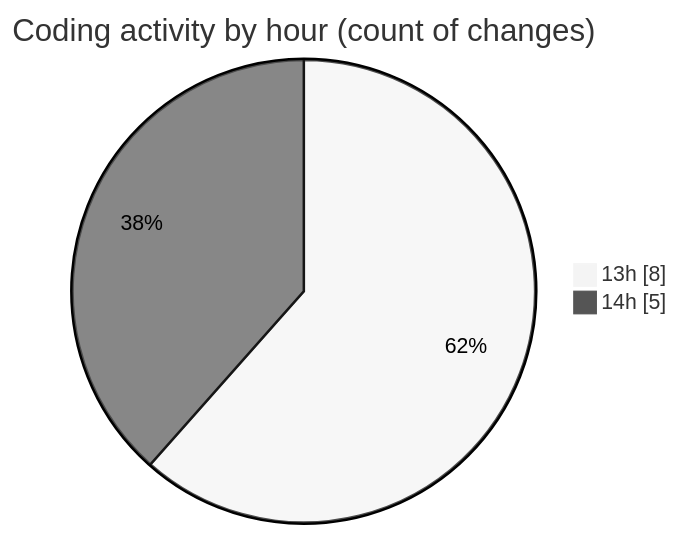
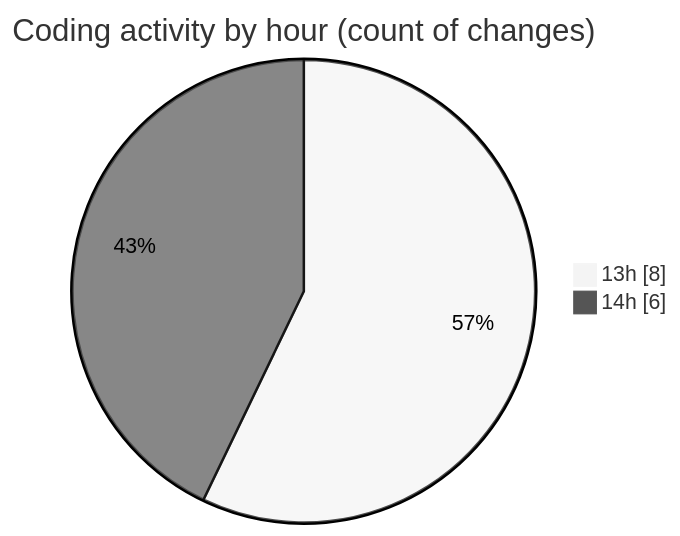
The second of 2 diagrams in 2025-04-03/jsvms/README.md (BS-eng2023/code-tracking), drawn with Mermaid (neutral theme) before and after one commit. The commit also changed other lines of this file and 1 other file, not shown here.

````diff
--- a/2025-04-03/jsvms/README.md
+++ b/2025-04-03/jsvms/README.md
@@ -33,6 +33,6 @@
 ```mermaid
 pie showData
 title Coding activity by hour (count of changes)
 "13h" : 8
-"14h" : 5
+"14h" : 6
 ```
````
